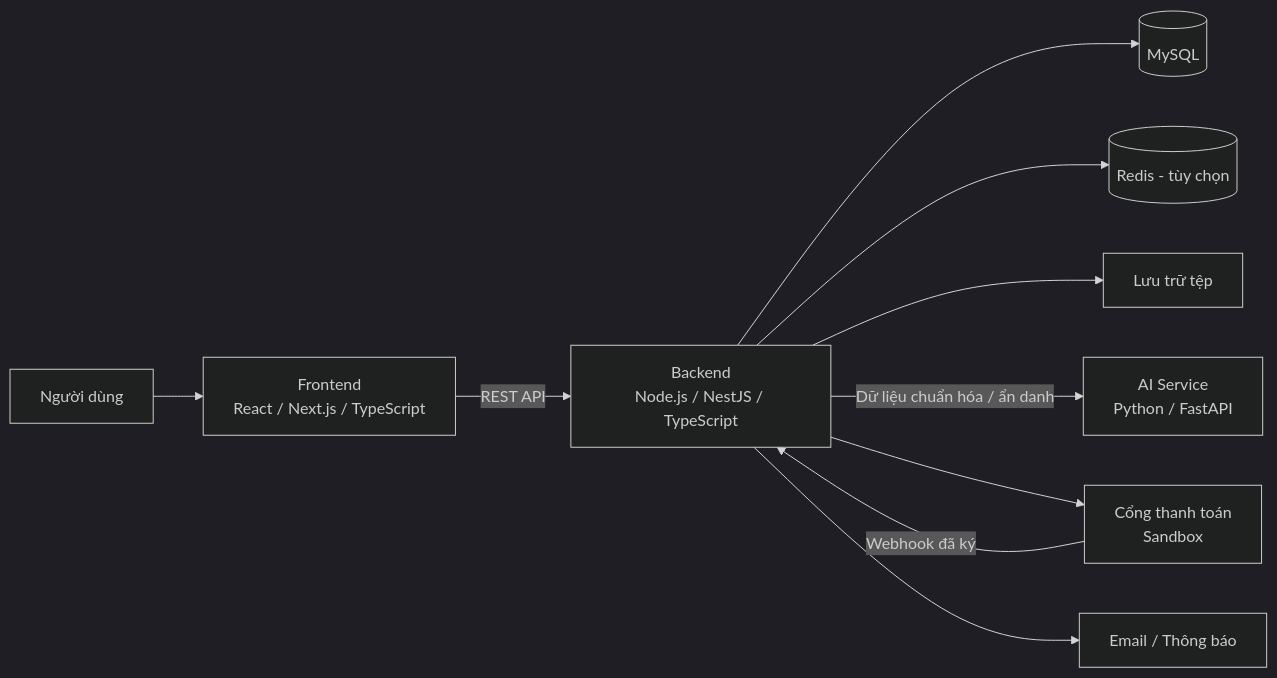
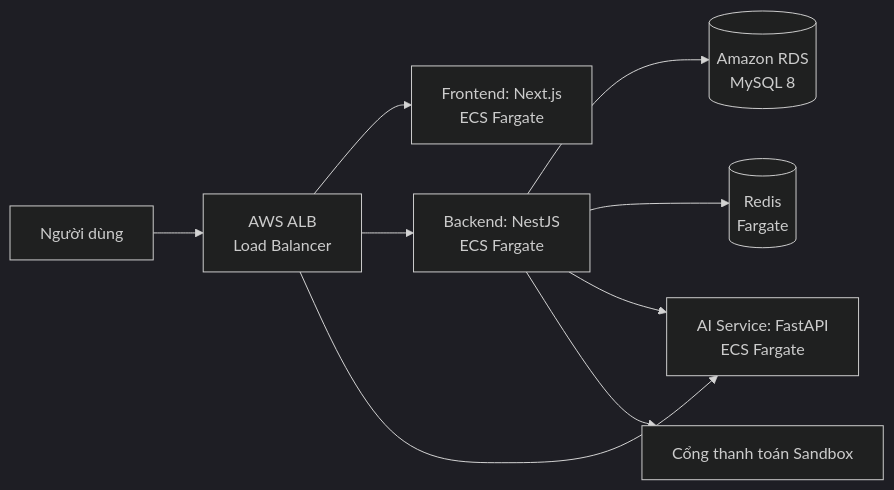
One commit to nhanhuutran007/DATN_2627_Website changed the second of 2 diagrams in README.md. Above: the diagram before and after it, drawn with Mermaid (dark theme). The commit also changed other lines of this file, not shown here.

````diff
--- a/README.md
+++ b/README.md
@@ -217,12 +96,11 @@
 ```mermaid
 flowchart LR
-    U[Người dùng] --> FE[Frontend<br/>React / Next.js / TypeScript]
-    FE -->|REST API| BE[Backend<br/>Node.js / NestJS / TypeScript]
-    BE --> DB[(MySQL)]
-    BE --> CACHE[(Redis - tùy chọn)]
-    BE --> FILES[Lưu trữ tệp]
-    BE -->|Dữ liệu chuẩn hóa / ẩn danh| AI[AI Service<br/>Python / FastAPI]
-    BE --> PAY[Cổng thanh toán<br/>Sandbox]
-    BE --> NOTIFY[Email / Thông báo]
-    PAY -->|Webhook đã ký| BE
+    U[Người dùng] --> ALB[AWS ALB<br/>Load Balancer]
+    ALB --> FE[Frontend: Next.js<br/>ECS Fargate]
+    ALB --> BE[Backend: NestJS<br/>ECS Fargate]
+    ALB --> AI[AI Service: FastAPI<br/>ECS Fargate]
+    BE --> DB[(Amazon RDS<br/>MySQL 8)]
+    BE --> CACHE[(Redis<br/>Fargate)]
+    BE --> AI
+    BE --> PAY[Cổng thanh toán Sandbox]
 ```
````
